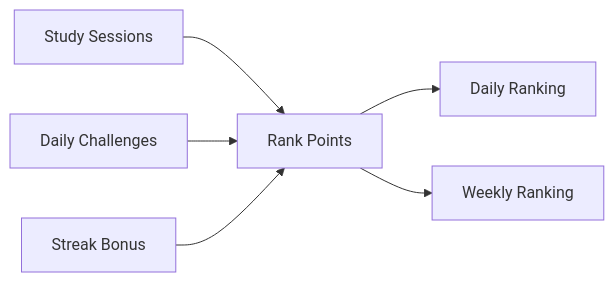
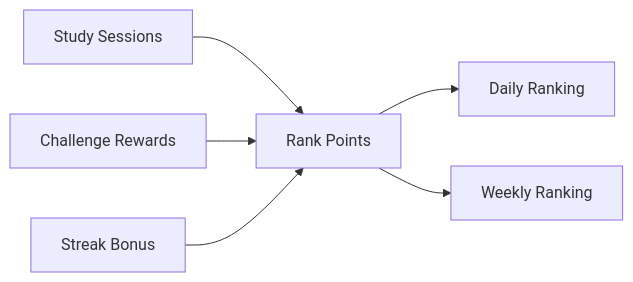
One commit to bipulkumar62/FocusSaga-XP changed diagram 12 of 14 in README.md. Above: the diagram before and after it, drawn with Mermaid. The commit also changed other lines of this file, not shown here.

````diff
--- a/README.md
+++ b/README.md
@@ -246,8 +405,8 @@
 ```mermaid
 flowchart LR
     A[Study Sessions] --> D[Rank Points]
-    B[Daily Challenges] --> D
+    B[Challenge Rewards] --> D
     C[Streak Bonus] --> D
     D --> E[Daily Ranking]
     D --> F[Weekly Ranking]
 ```
````
